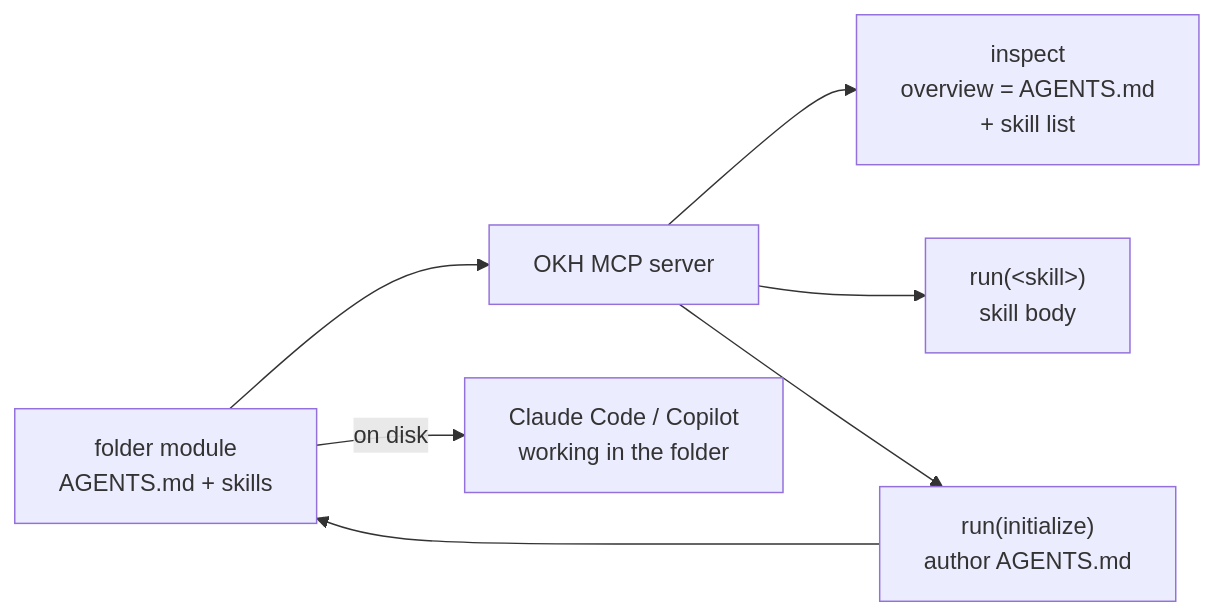
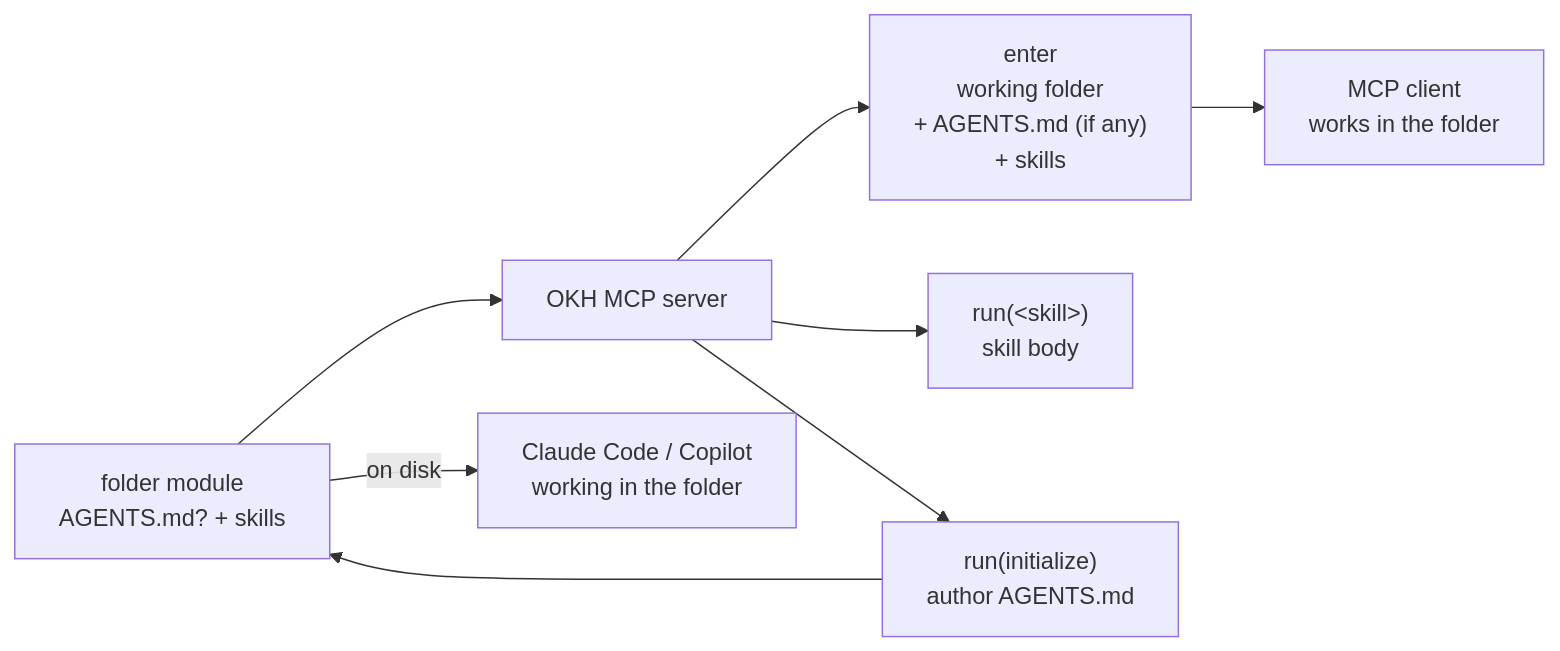
Before and after one commit to dryotta/open-knowledge-hub: the diagram in docs/superpowers/specs/2026-07-22-folder-module-design.md, drawn with Mermaid. The commit also changed other lines of this file, not shown here.

First line of the commit message:
Fold enter tool + AGENTS.md-optional into folder module spec

````diff
--- a/docs/superpowers/specs/2026-07-22-folder-module-design.md
+++ b/docs/superpowers/specs/2026-07-22-folder-module-design.md
@@ -23,9 +42,10 @@
 ```mermaid
 flowchart LR
-    M["folder module<br/>AGENTS.md + skills"] --> H["OKH MCP server"]
-    H --> I["inspect<br/>overview = AGENTS.md<br/>+ skill list"]
+    M["folder module<br/>AGENTS.md? + skills"] --> H["OKH MCP server"]
+    H --> E["enter<br/>working folder<br/>+ AGENTS.md (if any)<br/>+ skills"]
     H --> R["run(&lt;skill&gt;)<br/>skill body"]
     H --> N["run(initialize)<br/>author AGENTS.md"]
     N --> M
+    E --> C["MCP client<br/>works in the folder"]
     M -->|on disk| X["Claude Code / Copilot<br/>working in the folder"]
 ```
````
